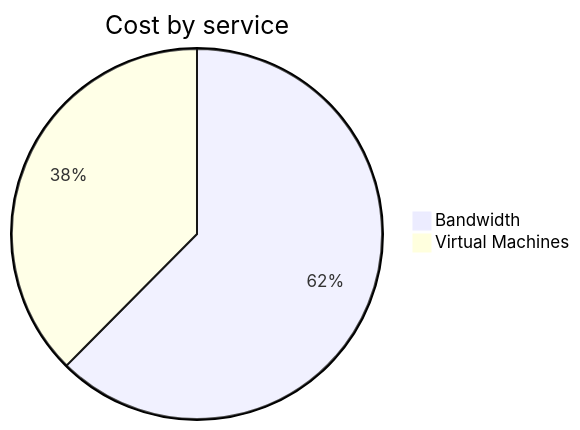
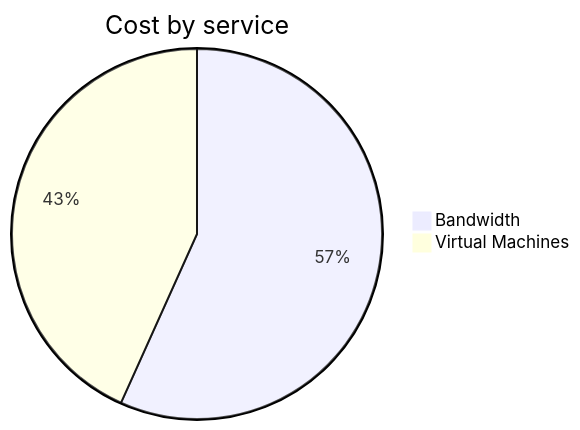
Before and after one commit to jpfulton/azure-personal-reports: the second of 4 diagrams in cost-reports/personal-network/vpn-server.md, drawn with Mermaid. The commit also changed other lines of this file and 8 other files, not shown here.

````diff
--- a/cost-reports/personal-network/vpn-server.md
+++ b/cost-reports/personal-network/vpn-server.md
@@ -96,6 +96,6 @@
 ```mermaid
 pie
    title Cost by service
    "Bandwidth" : 1.18
-   "Virtual Machines" : 0.71
+   "Virtual Machines" : 0.90
 ```
````
